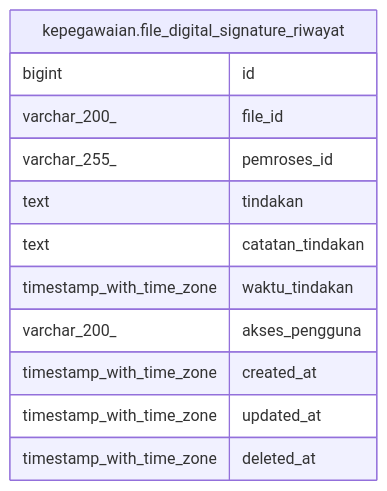
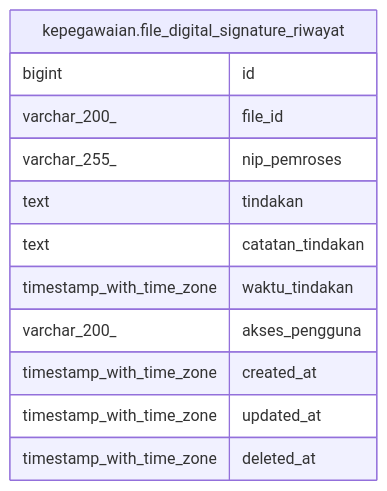
The diagram in services/kepegawaian/docs/db/kepegawaian.file_digital_signature_riwayat.md (nandanugg/triforce.nvim), drawn with Mermaid before and after one commit. The commit also changed other lines of this file and 6 other files, not shown here.

````diff
--- a/services/kepegawaian/docs/db/kepegawaian.file_digital_signature_riwayat.md
+++ b/services/kepegawaian/docs/db/kepegawaian.file_digital_signature_riwayat.md
@@ -34,17 +34,17 @@
 ```mermaid
 erDiagram
 
 
 "kepegawaian.file_digital_signature_riwayat" {
   bigint id
   varchar_200_ file_id
-  varchar_255_ pemroses_id
+  varchar_255_ nip_pemroses
   text tindakan
   text catatan_tindakan
   timestamp_with_time_zone waktu_tindakan
   varchar_200_ akses_pengguna
   timestamp_with_time_zone created_at
   timestamp_with_time_zone updated_at
   timestamp_with_time_zone deleted_at
 }
 ```
````
